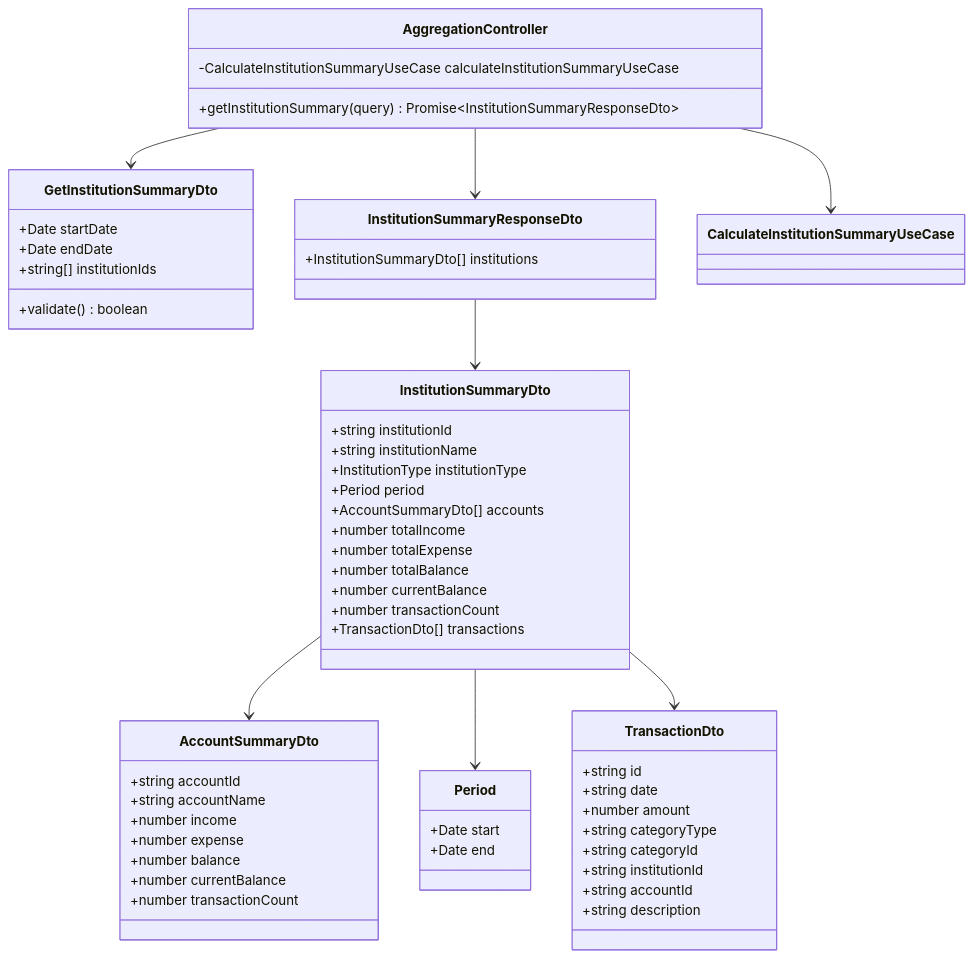
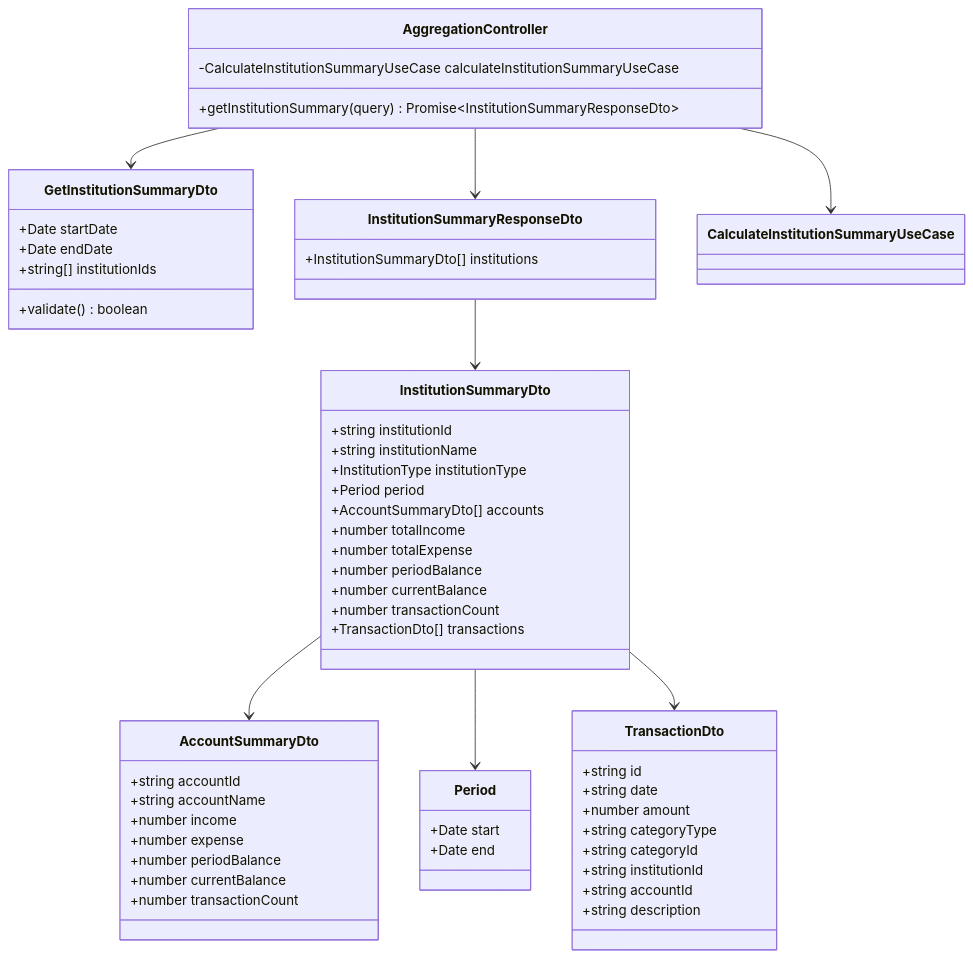
The fourth of 4 diagrams in docs/detailed-design/FR-017_institution-aggregation/class-diagrams.md (kencom2400/account-book), drawn with Mermaid before and after one commit. The commit also changed other lines of this file and 3 other files, not shown here.

````diff
--- a/docs/detailed-design/FR-017_institution-aggregation/class-diagrams.md
+++ b/docs/detailed-design/FR-017_institution-aggregation/class-diagrams.md
@@ -372,66 +365,66 @@
 ```mermaid
 classDiagram
     class AggregationController {
         -CalculateInstitutionSummaryUseCase calculateInstitutionSummaryUseCase
         +getInstitutionSummary(query) Promise~InstitutionSummaryResponseDto~
     }
 
     class GetInstitutionSummaryDto {
         +Date startDate
         +Date endDate
         +string[] institutionIds
         +validate() boolean
     }
 
     class InstitutionSummaryResponseDto {
         +InstitutionSummaryDto[] institutions
     }
 
     class InstitutionSummaryDto {
         +string institutionId
         +string institutionName
         +InstitutionType institutionType
         +Period period
         +AccountSummaryDto[] accounts
         +number totalIncome
         +number totalExpense
-        +number totalBalance
+        +number periodBalance
         +number currentBalance
         +number transactionCount
         +TransactionDto[] transactions
     }
 
     class AccountSummaryDto {
         +string accountId
         +string accountName
         +number income
         +number expense
-        +number balance
+        +number periodBalance
         +number currentBalance
         +number transactionCount
     }
 
     class Period {
         +Date start
         +Date end
     }
 
     class TransactionDto {
         +string id
         +string date
         +number amount
         +string categoryType
         +string categoryId
         +string institutionId
         +string accountId
         +string description
     }
 
     AggregationController --> CalculateInstitutionSummaryUseCase
     AggregationController --> GetInstitutionSummaryDto
     AggregationController --> InstitutionSummaryResponseDto
     InstitutionSummaryResponseDto --> InstitutionSummaryDto
     InstitutionSummaryDto --> AccountSummaryDto
     InstitutionSummaryDto --> Period
     InstitutionSummaryDto --> TransactionDto
 ```
````
